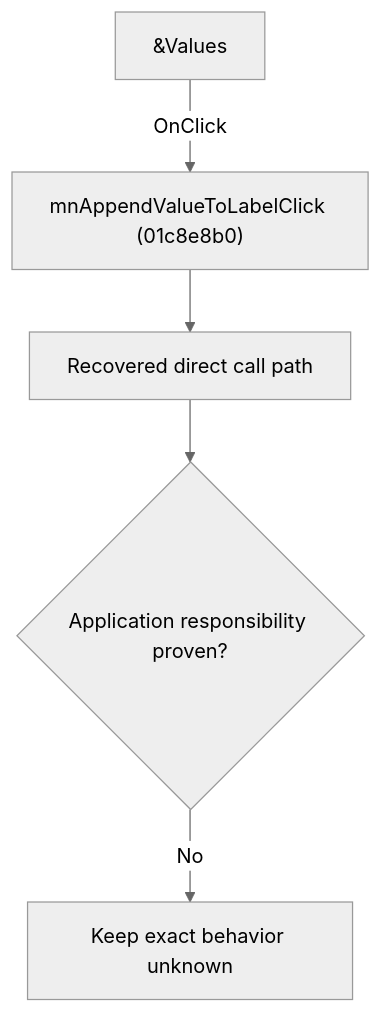
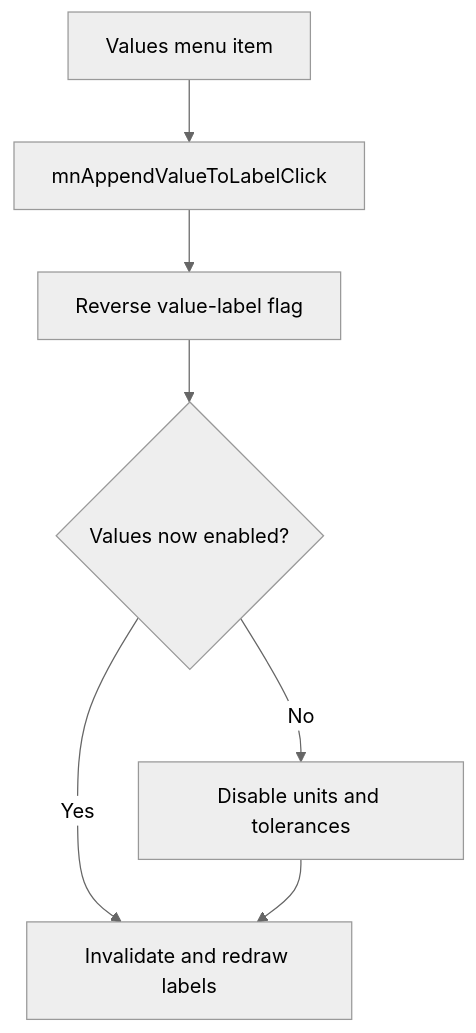
Before and after one commit to MovGP0/TIARA: the diagram in docs/ui-controls/schematiceditor/mnappendvaluetolabel-8589c531e8.md, drawn with Mermaid (neutral theme). The commit also changed other lines of this file and 241 other files, not shown here.

````diff
--- a/docs/ui-controls/schematiceditor/mnappendvaluetolabel-8589c531e8.md
+++ b/docs/ui-controls/schematiceditor/mnappendvaluetolabel-8589c531e8.md
@@ -27,7 +20,9 @@
 ```mermaid
 flowchart TD
-    control["&Values"] -->|"OnClick"| handler["mnAppendValueToLabelClick (01c8e8b0)"]
-    handler --> recovered["Recovered direct call path"]
-    recovered --> gap{"Application responsibility proven?"}
-    gap -->|"No"| blocked["Keep exact behavior unknown"]
+    control["Values menu item"] --> handler["mnAppendValueToLabelClick"]
+    handler --> toggle["Reverse value-label flag"]
+    toggle --> enabled{"Values now enabled?"}
+    enabled -->|"Yes"| repaint["Invalidate and redraw labels"]
+    enabled -->|"No"| dependents["Disable units and tolerances"]
+    dependents --> repaint
 ```
````
